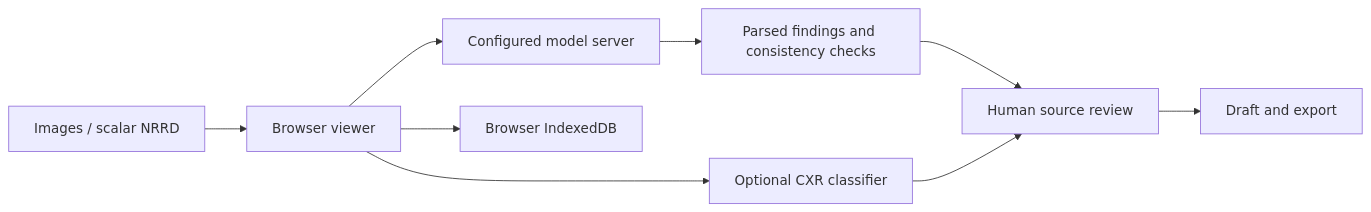
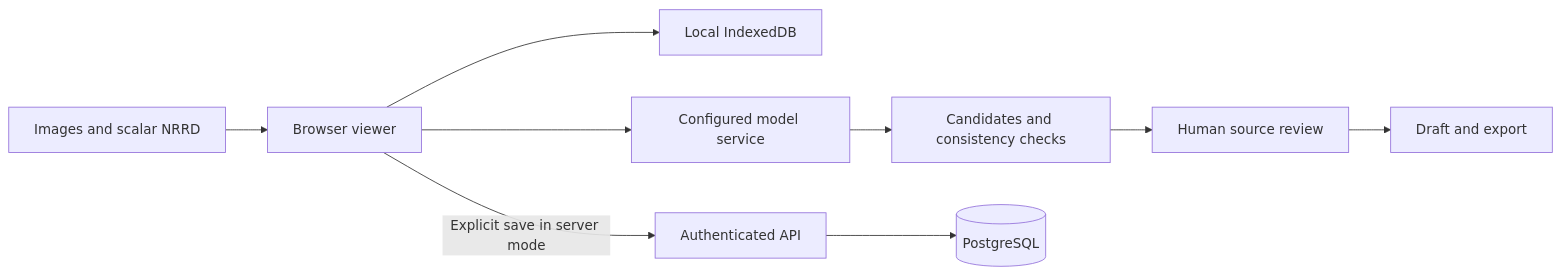
One commit to Hitheshkaranth/VoxelRadAI_Terminal changed the diagram in README.md. Above: the diagram before and after it, drawn with Mermaid. The commit also changed other lines of this file and 6 other files, not shown here.

````diff
--- a/README.md
+++ b/README.md
@@ -265,11 +124,11 @@
 ```mermaid
 flowchart LR
-    I[Images / scalar NRRD] --> V[Browser viewer]
-    V --> M[Configured model server]
-    M --> R[Parsed findings and consistency checks]
+    I[Images and scalar NRRD] --> V[Browser viewer]
+    V --> L[Local IndexedDB]
+    V --> M[Configured model service]
+    M --> R[Candidates and consistency checks]
     R --> H[Human source review]
     H --> D[Draft and export]
-    V --> C[Optional CXR classifier]
-    C --> H
-    V --> S[Browser IndexedDB]
+    V -->|Explicit save in server mode| A[Authenticated API]
+    A --> P[(PostgreSQL)]
 ```
````
